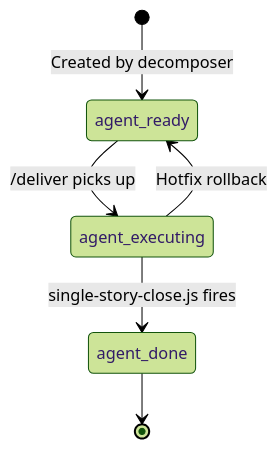
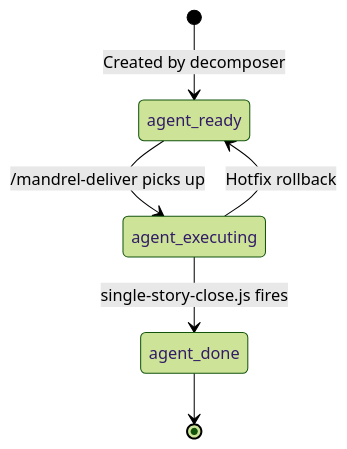
The sixth of 6 diagrams in docs/architecture.md (dsj1984/agent-protocols), drawn with Mermaid (forest theme) before and after one commit. The commit also changed other lines of this file and 221 other files, not shown here.

First line of the commit message:
feat!: rename /plan and /deliver to /mandrel-plan and /mandrel-deliver (#5126) (#5127)

````diff
--- a/docs/architecture.md
+++ b/docs/architecture.md
@@ -867,9 +867,9 @@
 ```mermaid
 stateDiagram-v2
     [*] --> agent_ready: Created by decomposer
-    agent_ready --> agent_executing: /deliver picks up
+    agent_ready --> agent_executing: /mandrel-deliver picks up
     agent_executing --> agent_done: single-story-close.js fires
     agent_done --> [*]
 
     agent_executing --> agent_ready: Hotfix rollback
 ```
````
